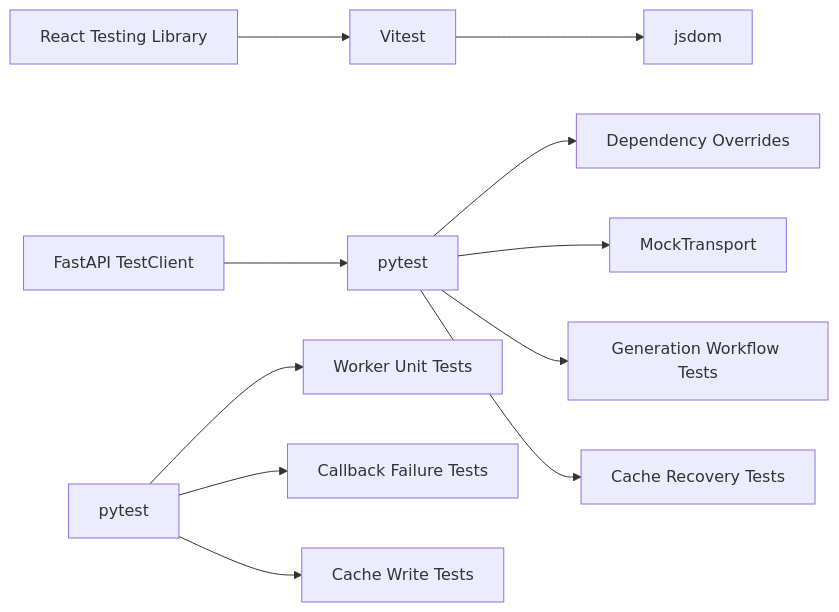
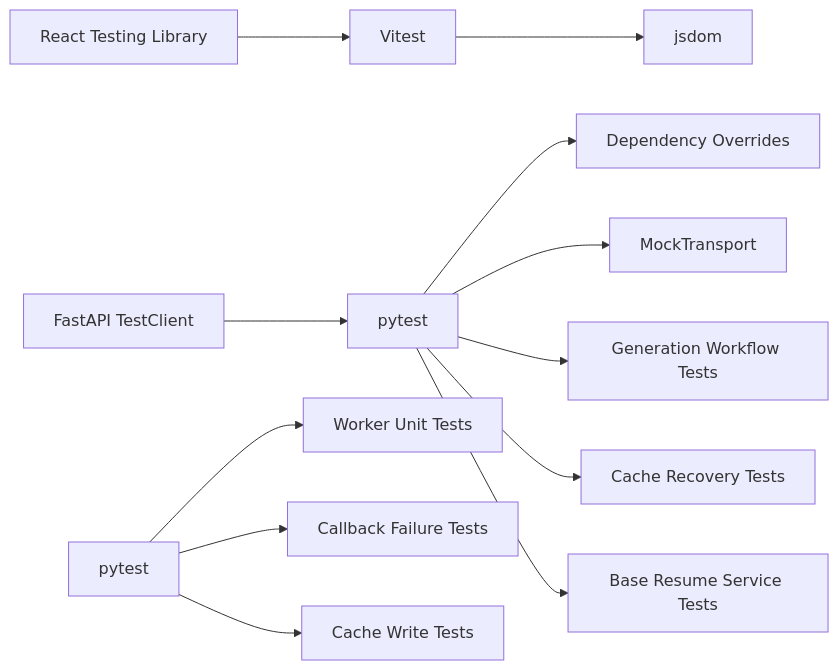
The seventh of 7 diagrams in .qoder/repowiki/en/content/Testing Strategy/Testing Strategy.md (sankaL/resume-app), drawn with Mermaid before and after one commit. The commit also changed other lines of this file and 12 other files, not shown here.

````diff
--- a/.qoder/repowiki/en/content/Testing Strategy/Testing Strategy.md
+++ b/.qoder/repowiki/en/content/Testing Strategy/Testing Strategy.md
@@ -505,13 +597,14 @@
 ```mermaid
 graph LR
 VITEST["Vitest"] --> JSDOM["jsdom"]
 RTL["React Testing Library"] --> VITEST
 TESTCLIENT["FastAPI TestClient"] --> PYTEST["pytest"]
 PYTEST --> DEPOVERR["Dependency Overrides"]
 PYTEST --> MOCKHTTP["MockTransport"]
 PYTEST --> GEN_WORKFLOW["Generation Workflow Tests"]
 PYTEST --> CACHE_RECOVERY["Cache Recovery Tests"]
+PYTEST --> BASE_RESUME_SERVICE["Base Resume Service Tests"]
 AG_PYTEST["pytest"] --> AG_TESTS["Worker Unit Tests"]
 AG_PYTEST --> CALLBACK_HANDLING["Callback Failure Tests"]
 AG_PYTEST --> CACHE_WRITE["Cache Write Tests"]
 ```
````
